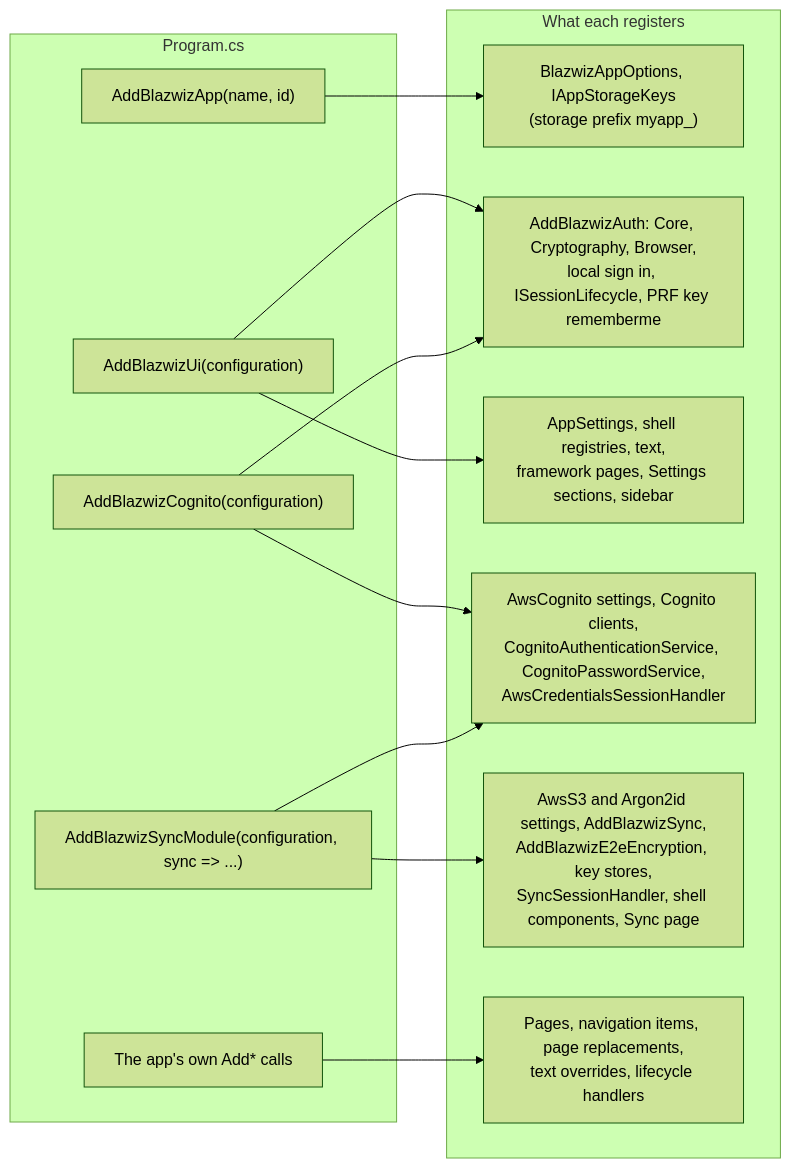
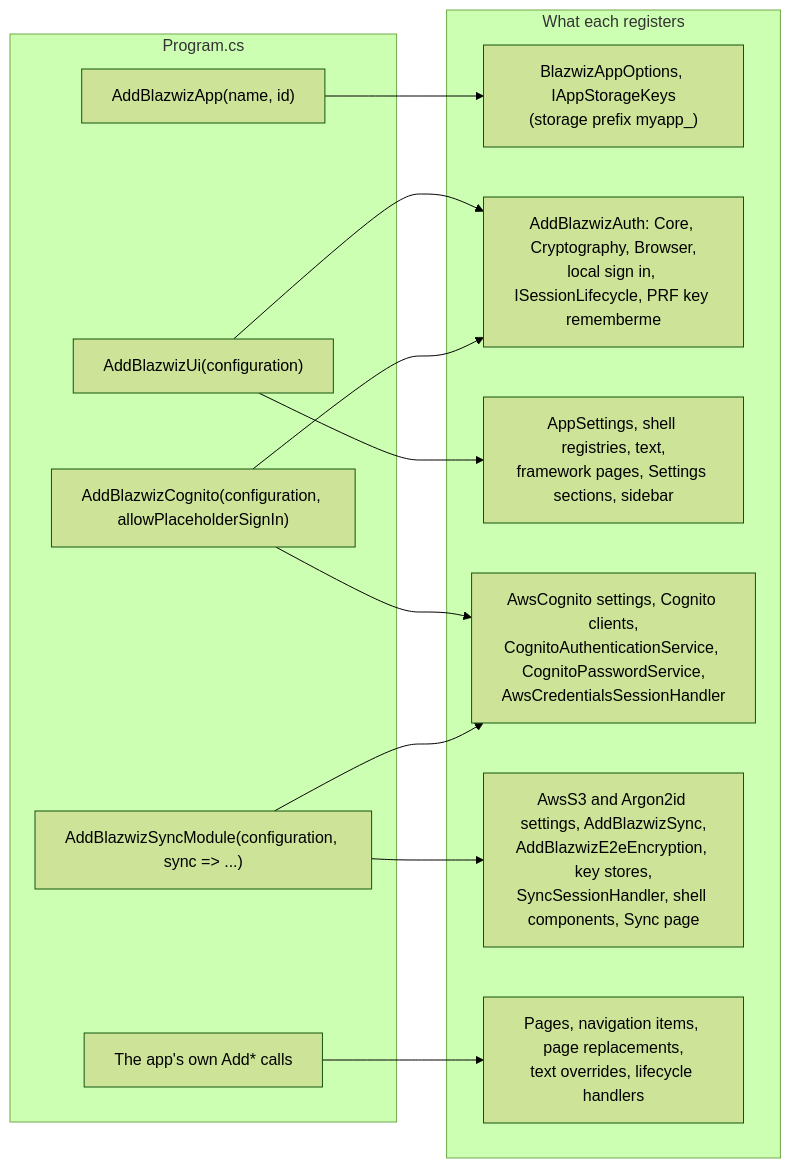
Before and after one commit to devoctomy/blazwiz: the second of 3 diagrams in docs/diagrams/overview.md, drawn with Mermaid (forest theme). The commit also changed other lines of this file and 42 other files, not shown here.

````diff
--- a/docs/diagrams/overview.md
+++ b/docs/diagrams/overview.md
@@ -92,28 +92,28 @@
 ```mermaid
 flowchart LR
     subgraph Program["Program.cs"]
         App["AddBlazwizApp(name, id)"]
         Ui["AddBlazwizUi(configuration)"]
-        Cog["AddBlazwizCognito(configuration)"]
+        Cog["AddBlazwizCognito(configuration, allowPlaceholderSignIn)"]
         Mod["AddBlazwizSyncModule(configuration, sync => ...)"]
         Own["The app's own Add* calls"]
     end
 
     subgraph Registered["What each registers"]
         AppR["BlazwizAppOptions, IAppStorageKeys<br/>(storage prefix myapp_)"]
         AuthR["AddBlazwizAuth: Core, Cryptography, Browser,<br/>local sign in, ISessionLifecycle, PRF key rememberme"]
         UiR["AppSettings, shell registries, text,<br/>framework pages, Settings sections, sidebar"]
         CogR["AwsCognito settings, Cognito clients,<br/>CognitoAuthenticationService, CognitoPasswordService,<br/>AwsCredentialsSessionHandler"]
         ModR["AwsS3 and Argon2id settings, AddBlazwizSync,<br/>AddBlazwizE2eEncryption, key stores,<br/>SyncSessionHandler, shell components, Sync page"]
         OwnR["Pages, navigation items, page replacements,<br/>text overrides, lifecycle handlers"]
     end
 
     App --> AppR
     Ui --> AuthR
     Ui --> UiR
     Cog --> AuthR
     Cog --> CogR
     Mod --> CogR
     Mod --> ModR
     Own --> OwnR
 ```
````
